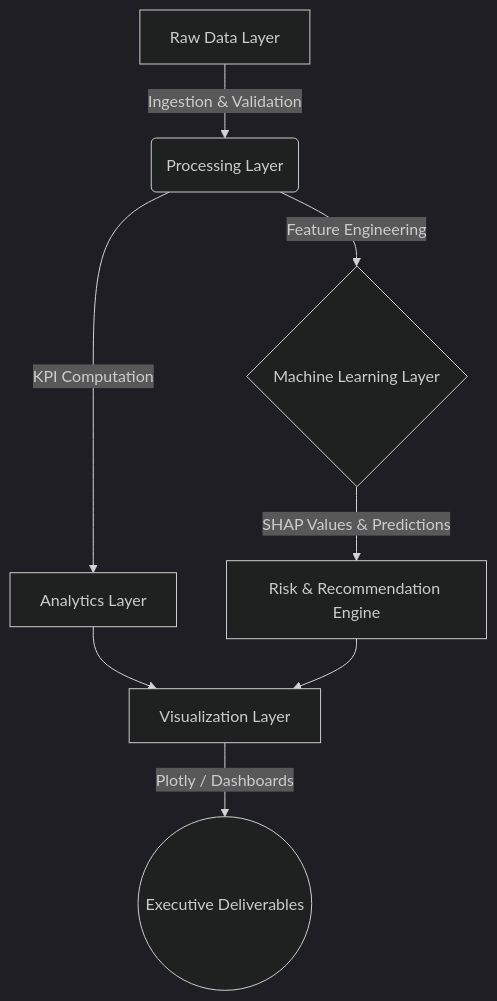
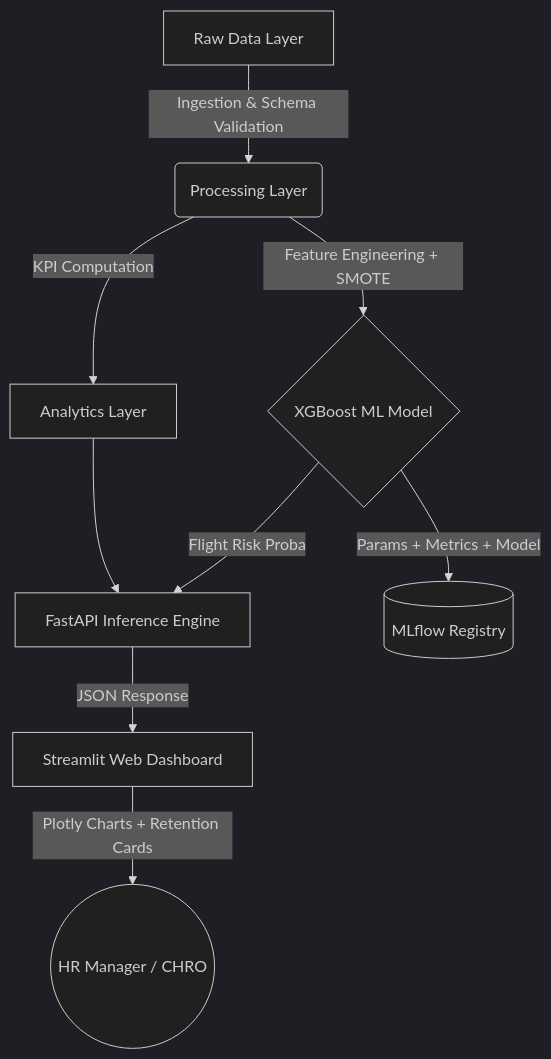
The diagram in README.md (DurgamPoojitha/employee-attrition-intelligence-platform), drawn with Mermaid (dark theme) before and after one commit. The commit also changed other lines of this file and 5 other files, not shown here.

Commit message:
Add enterprise Streamlit dashboard: KPI cards, Plotly charts, retention plan, Docker service

````diff
--- a/README.md
+++ b/README.md
@@ -27,10 +26,11 @@
 ```mermaid
 graph TD
-    A[Raw Data Layer] -->|Ingestion & Validation| B(Processing Layer)
-    B -->|Feature Engineering| C{Machine Learning Layer}
+    A[Raw Data Layer] -->|Ingestion & Schema Validation| B(Processing Layer)
+    B -->|Feature Engineering + SMOTE| C{XGBoost ML Model}
     B -->|KPI Computation| D[Analytics Layer]
-    C -->|SHAP Values & Predictions| E[Risk & Recommendation Engine]
-    D --> F[Visualization Layer]
-    E --> F
-    F -->|Plotly / Dashboards| G((Executive Deliverables))
+    C -->|Flight Risk Proba| E[FastAPI Inference Engine]
+    D --> E
+    E -->|JSON Response| F[Streamlit Web Dashboard]
+    F -->|Plotly Charts + Retention Cards| G((HR Manager / CHRO))
+    C -->|Params + Metrics + Model| H[(MLflow Registry)]
 ```
````
